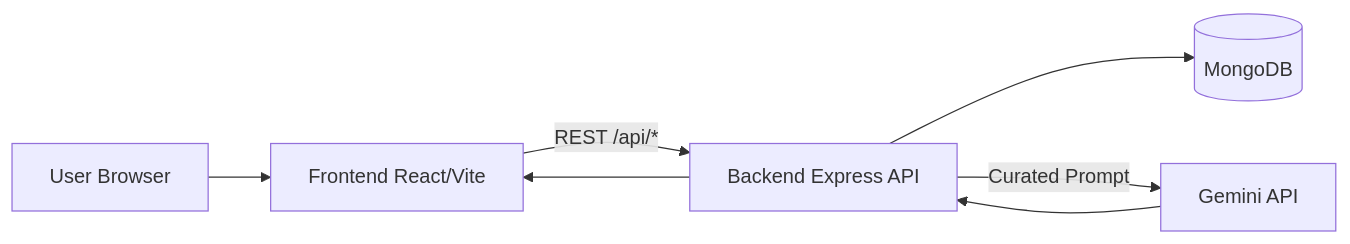
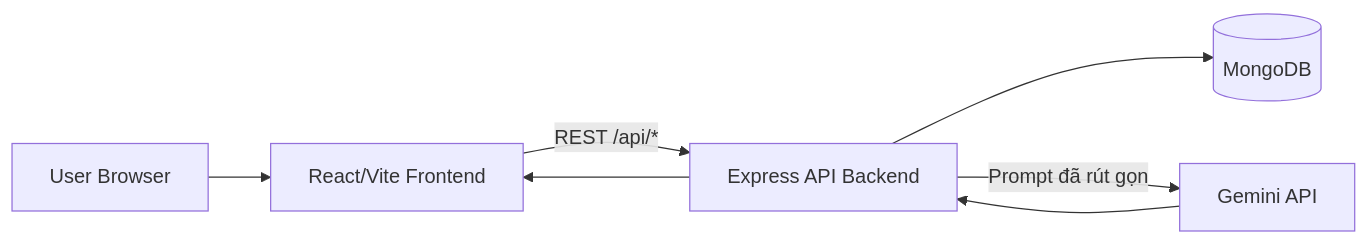
The first of 5 diagrams in ecommerce/PROJECT_SUMMARY.md (QuangFabbier/DATN), drawn with Mermaid before and after one commit. The commit also changed other lines of this file and 2 other files, not shown here.

````diff
--- a/ecommerce/PROJECT_SUMMARY.md
+++ b/ecommerce/PROJECT_SUMMARY.md
@@ -51,15 +52,15 @@
 ```mermaid
 flowchart LR
   U[User Browser]
-  FE[Frontend React/Vite]
-  BE[Backend Express API]
-  MDB[(MongoDB)]
-  G[Gemini API]
+  FE[React/Vite Frontend]
+  BE[Express API Backend]
+  DB[(MongoDB)]
+  AI[Gemini API]
 
   U --> FE
   FE -->|REST /api/*| BE
-  BE --> MDB
-  BE -->|Curated Prompt| G
-  G --> BE
+  BE --> DB
+  BE -->|Prompt đã rút gọn| AI
+  AI --> BE
   BE --> FE
 ```
````
